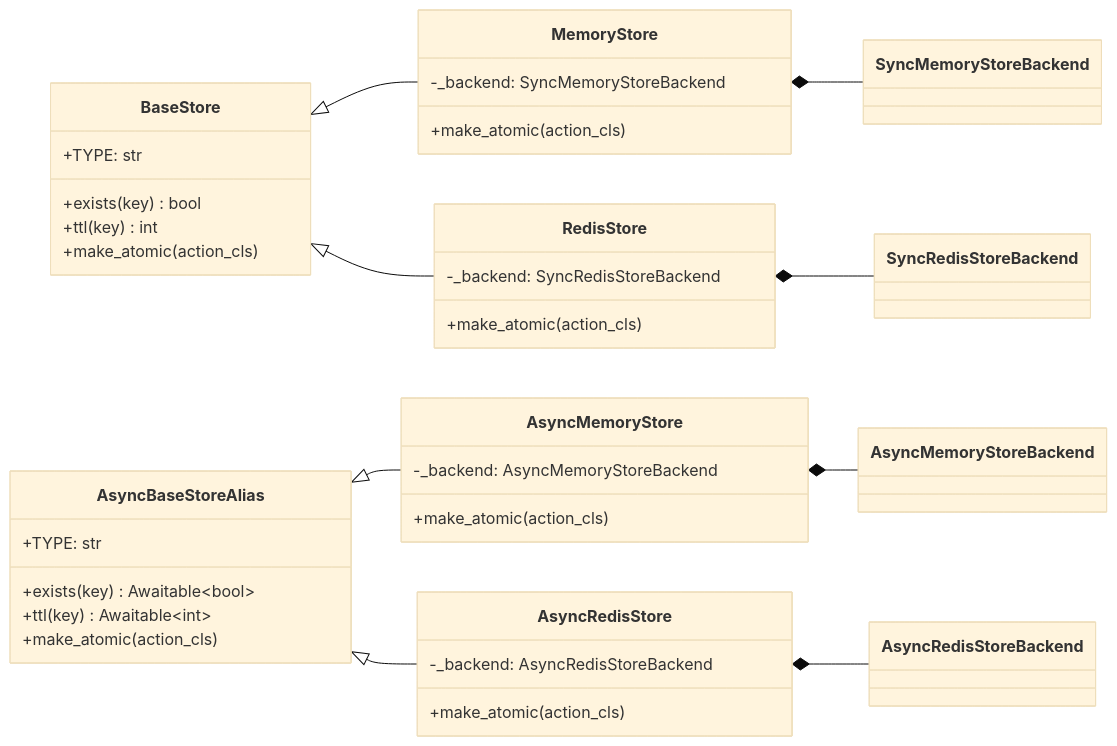
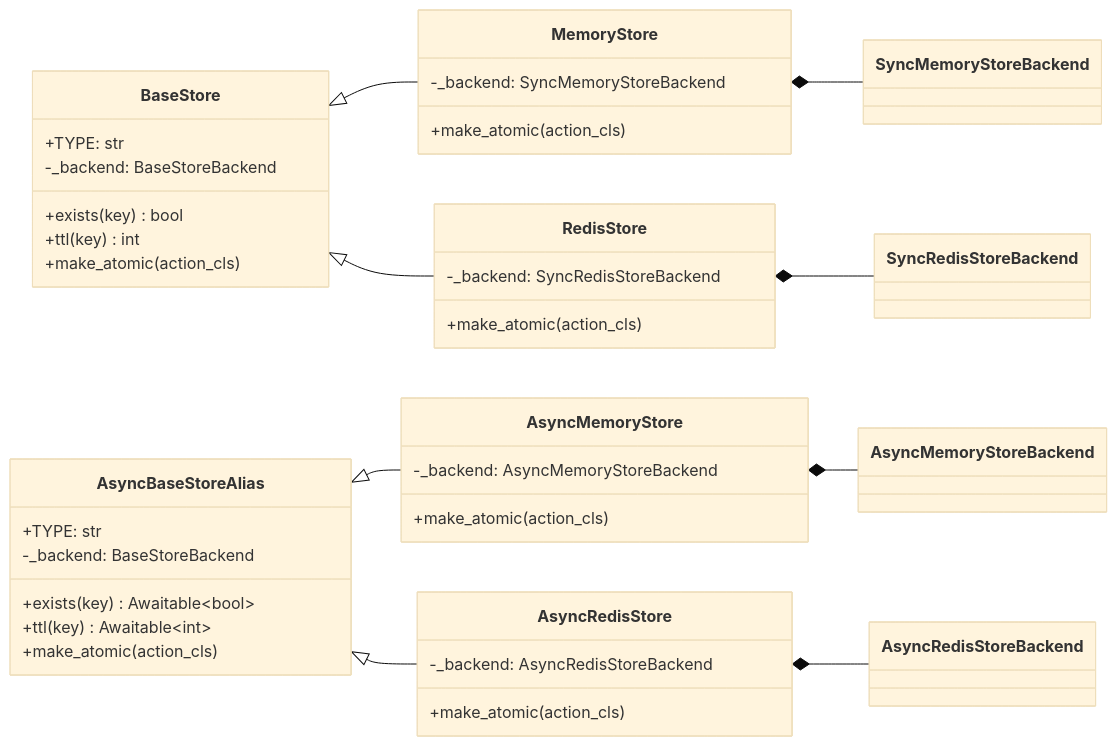
The third of 6 diagrams in knowledge/throttled-py/issues/2026-05-06-store-typing-abstraction-refactor/PLAN.md (ZhuoZhuoCrayon/ai-workspace), drawn with Mermaid (base theme) before and after one commit. The commit also changed other lines of this file and 4 other files, not shown here.

````diff
--- a/knowledge/throttled-py/issues/2026-05-06-store-typing-abstraction-refactor/PLAN.md
+++ b/knowledge/throttled-py/issues/2026-05-06-store-typing-abstraction-refactor/PLAN.md
@@ -281,41 +283,43 @@
 ```mermaid
 classDiagram
     direction LR
 
     class BaseStore {
         +TYPE: str
+        -_backend: BaseStoreBackend
         +exists(key) bool
         +ttl(key) int
         +make_atomic(action_cls)
     }
     class AsyncBaseStoreAlias {
         +TYPE: str
+        -_backend: BaseStoreBackend
         +exists(key) Awaitable~bool~
         +ttl(key) Awaitable~int~
         +make_atomic(action_cls)
     }
     class MemoryStore {
         -_backend: SyncMemoryStoreBackend
         +make_atomic(action_cls)
     }
     class RedisStore {
         -_backend: SyncRedisStoreBackend
         +make_atomic(action_cls)
     }
     class AsyncMemoryStore {
         -_backend: AsyncMemoryStoreBackend
         +make_atomic(action_cls)
     }
     class AsyncRedisStore {
         -_backend: AsyncRedisStoreBackend
         +make_atomic(action_cls)
     }
     BaseStore <|-- MemoryStore
     BaseStore <|-- RedisStore
     AsyncBaseStoreAlias <|-- AsyncMemoryStore
     AsyncBaseStoreAlias <|-- AsyncRedisStore
     MemoryStore *-- SyncMemoryStoreBackend
     RedisStore *-- SyncRedisStoreBackend
     AsyncMemoryStore *-- AsyncMemoryStoreBackend
     AsyncRedisStore *-- AsyncRedisStoreBackend
 ```
````
